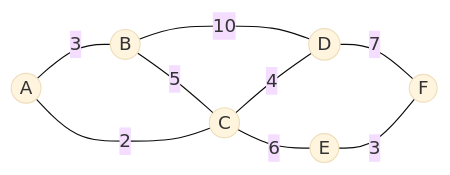
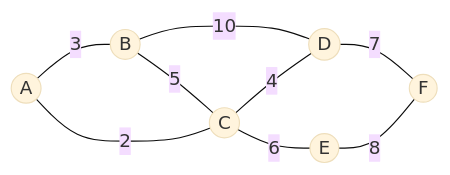
The first of 6 diagrams in pages/06_shortest_path.md (mrmatho/12gm-slides), drawn with Mermaid (base theme) before and after one commit. The commit also changed other lines of this file and 1 other file, not shown here.

Commit message:
Update: Fixed error in shortest path

````diff
--- a/pages/06_shortest_path.md
+++ b/pages/06_shortest_path.md
@@ -19,21 +19,21 @@
 ```mermaid {scale:1.8}
 
 graph LR
 
     A((A))
     B((B))
     C((C))
     D((D))
     E((E))
     F((F))
 
     A ---|3| B
     B ---|5| C
     A ---|2| C
     B ---|10| D
     C ---|4| D
     C ---|6| E
     D ---|7| F
-    E ---|3| F
+    E ---|8| F
 
 ```
````
